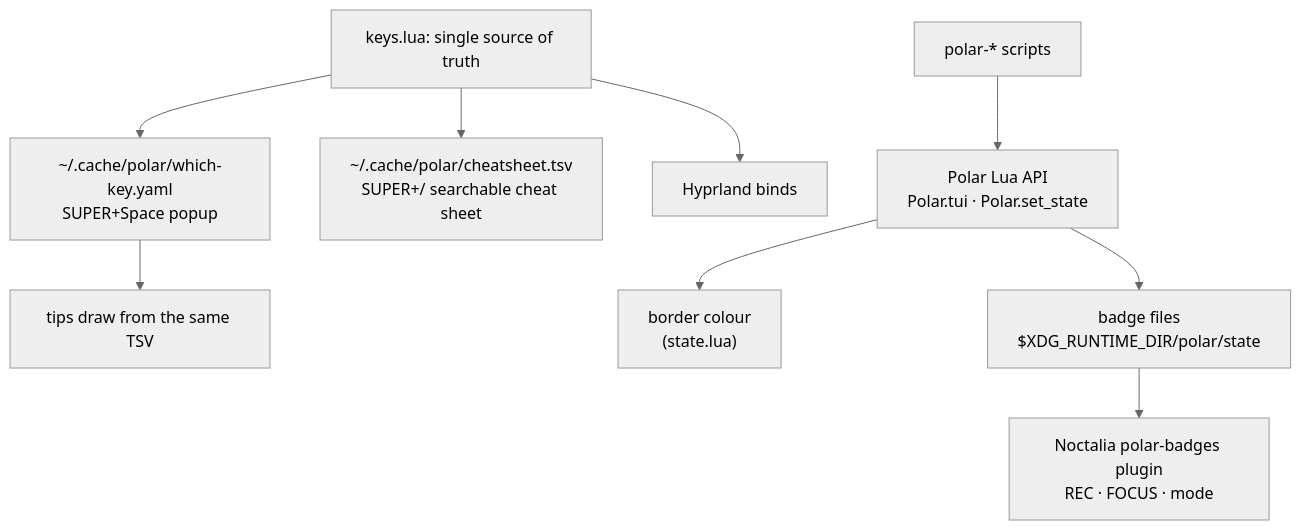
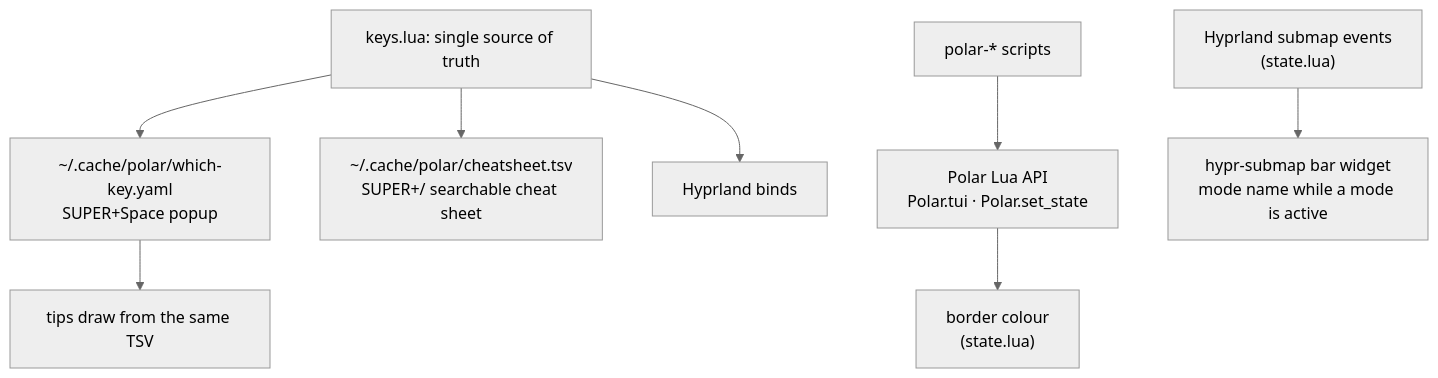
Before and after one commit to TomGrozev/dots: the diagram in docs/polar.md, drawn with Mermaid (neutral theme). The commit also changed other lines of this file and 12 other files, not shown here.

First line of the commit message:
feat(polar): move desktop extras to Noctalia plugins

````diff
--- a/docs/polar.md
+++ b/docs/polar.md
@@ -18,11 +18,10 @@
 ```mermaid
 flowchart TD
     KL["keys.lua: single source of truth"] --> WK["~/.cache/polar/which-key.yaml\nSUPER+Space popup"]
     KL --> CS["~/.cache/polar/cheatsheet.tsv\nSUPER+/ searchable cheat sheet"]
     KL --> HB["Hyprland binds"]
     WK --> CS_NOTE["tips draw from the same TSV"]
     SCR["polar-* scripts"] --> API["Polar Lua API\nPolar.tui · Polar.set_state"]
     API --> BORD["border colour\n(state.lua)"]
-    API --> BADGE["badge files\n$XDG_RUNTIME_DIR/polar/state"]
-    BADGE --> BAR["Noctalia polar-badges plugin\nREC · FOCUS · mode"]
+    SUB["Hyprland submap events\n(state.lua)"] --> SMW["hypr-submap bar widget\nmode name while a mode is active"]
 ```
````
